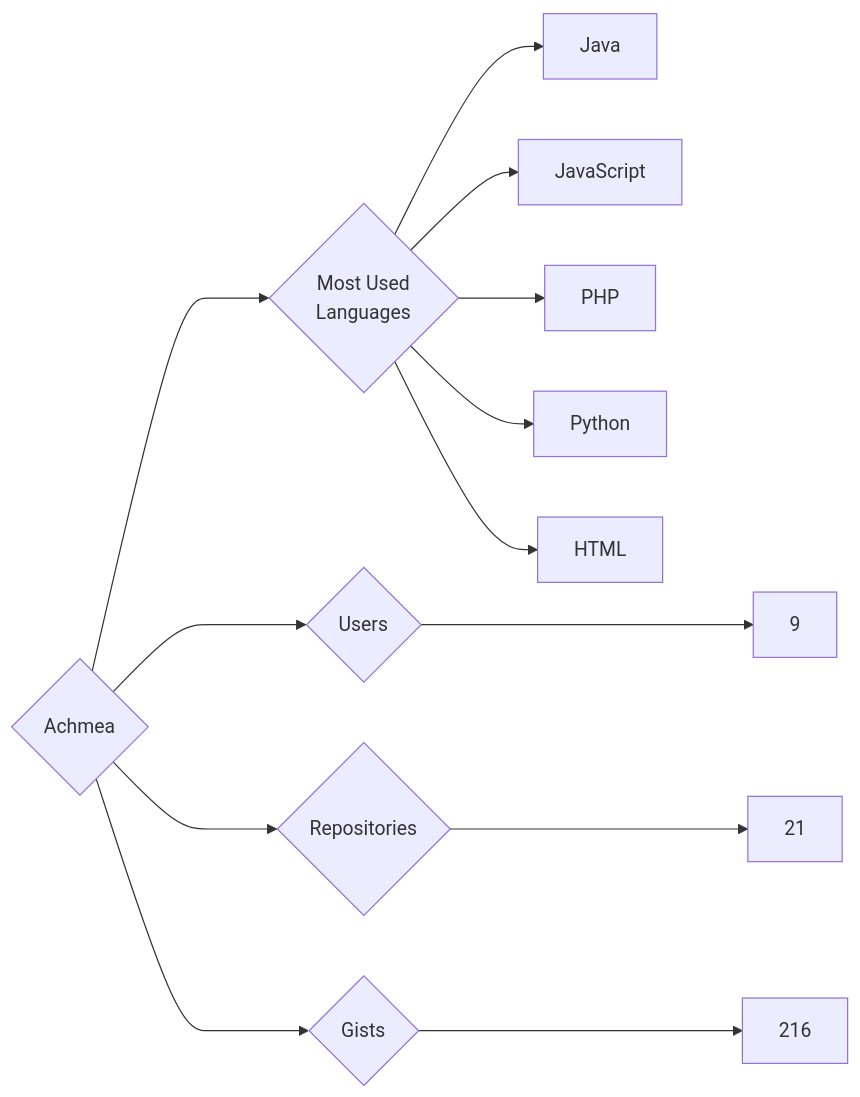
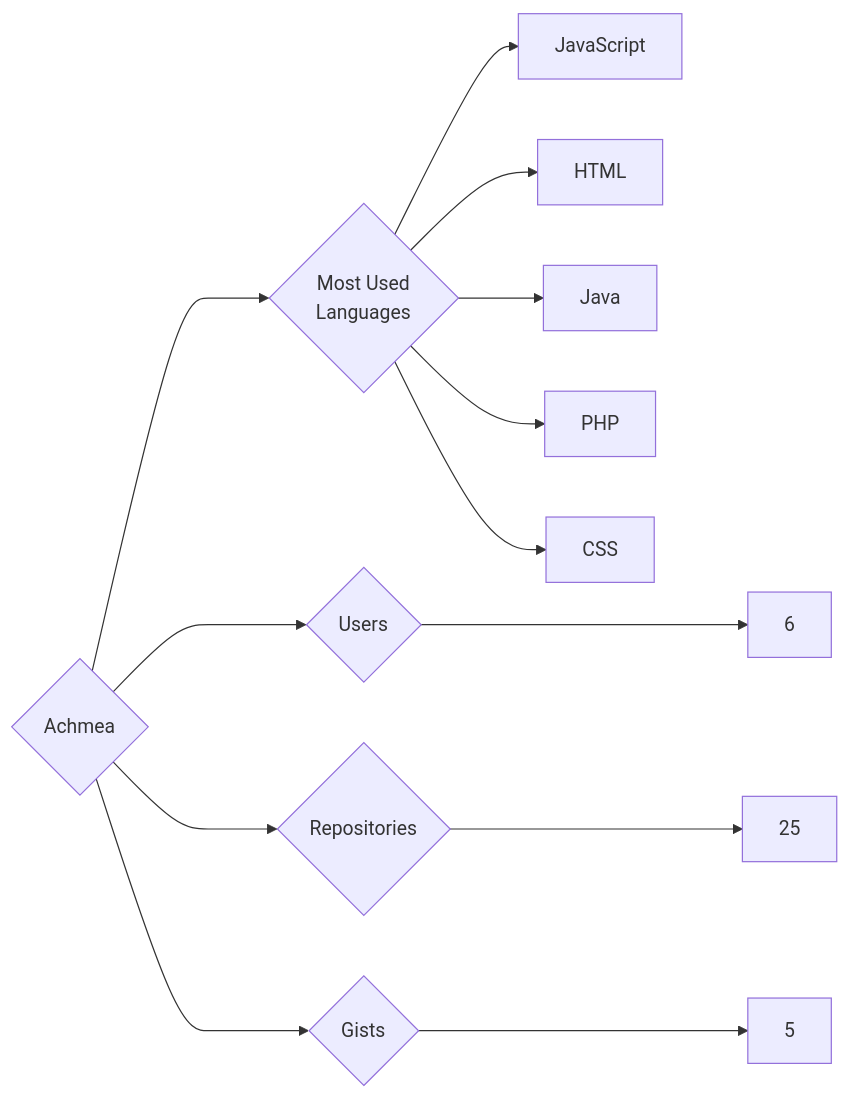
The diagram in targets/Achmea/README.md (trickest/insiders), drawn with Mermaid before and after one commit. The commit also changed 935 other files, not shown here.

````diff
--- a/targets/Achmea/README.md
+++ b/targets/Achmea/README.md
@@ -3,13 +3,13 @@
 ```mermaid
 graph LR
 COMPANY_NAME{Achmea}
-COMPANY_NAME ---> U{Users} ---> UN[9]
-COMPANY_NAME ---> R{Repositories} ---> RN[21]
-COMPANY_NAME ---> G{Gists} ---> GN[216]
+COMPANY_NAME ---> U{Users} ---> UN[6]
+COMPANY_NAME ---> R{Repositories} ---> RN[25]
+COMPANY_NAME ---> G{Gists} ---> GN[5]
 COMPANY_NAME ---> ML{Most Used<br>Languages}
+ML --> JavaScript[JavaScript]
+ML --> HTML[HTML]
 ML --> Java[Java]
-ML --> JavaScript[JavaScript]
 ML --> PHP[PHP]
-ML --> Python[Python]
-ML --> HTML[HTML]
+ML --> CSS[CSS]
 ```
````
